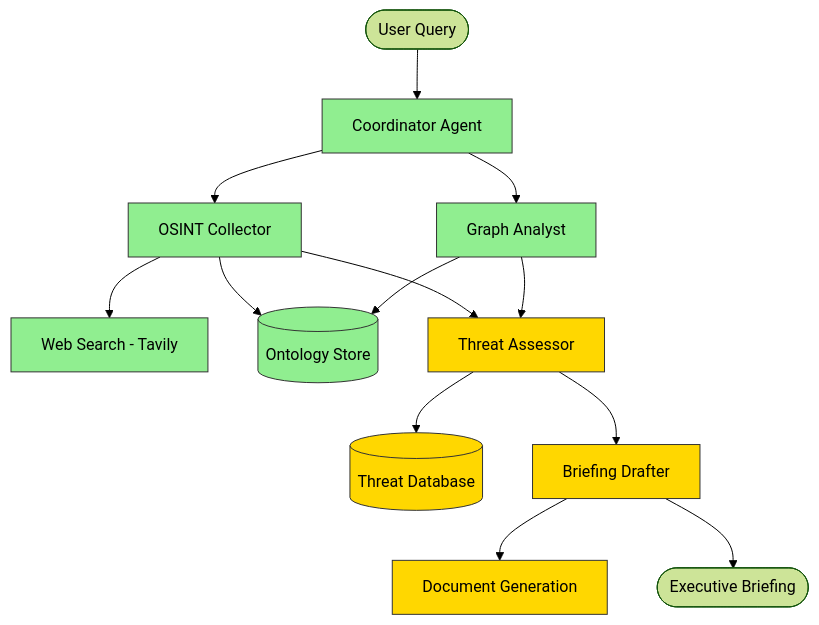
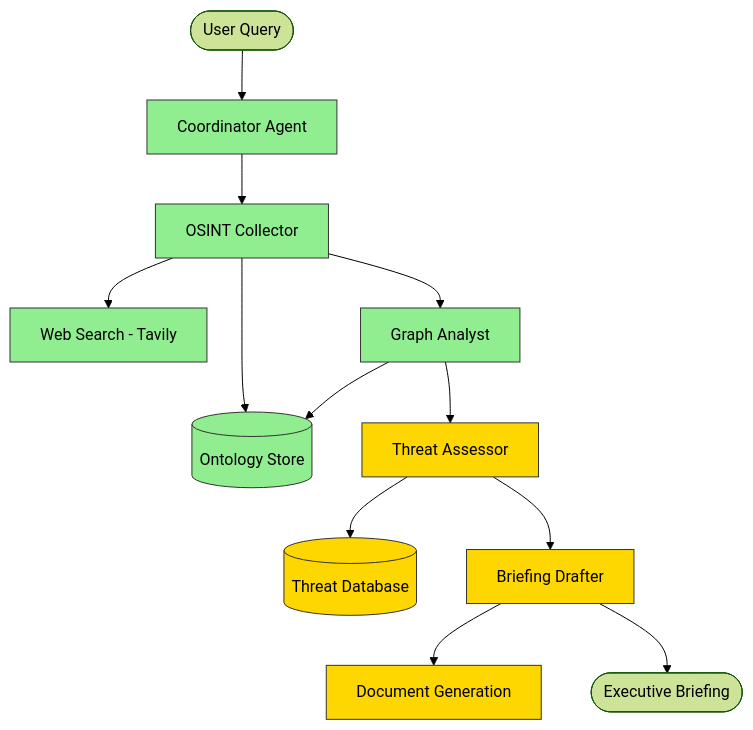
The second of 9 diagrams in README.md (fanqingsong/palantir-ontology-agents), drawn with Mermaid (forest theme) before and after one commit. The commit also changed other lines of this file and 40 other files, not shown here.

````diff
--- a/README.md
+++ b/README.md
@@ -55,25 +55,24 @@
 ```mermaid
 graph TD
     User([User Query]) --> C[Coordinator Agent]
     C --> O[OSINT Collector]
-    C --> G[Graph Analyst]
     O --> WS[Web Search - Tavily]
     O --> ONT[(Ontology Store)]
+    O --> G[Graph Analyst]
     G --> ONT
-    O --> T[Threat Assessor]
-    G --> T
+    G --> T[Threat Assessor]
     T --> TDB[(Threat Database)]
     T --> B[Briefing Drafter]
     B --> DG[Document Generation]
     B --> OUT([Executive Briefing])
 
     style C fill:#90EE90,stroke:#333
     style O fill:#90EE90,stroke:#333
     style G fill:#90EE90,stroke:#333
     style WS fill:#90EE90,stroke:#333
     style ONT fill:#90EE90,stroke:#333
     style T fill:#FFD700,stroke:#333
     style B fill:#FFD700,stroke:#333
     style TDB fill:#FFD700,stroke:#333
     style DG fill:#FFD700,stroke:#333
 ```
````
